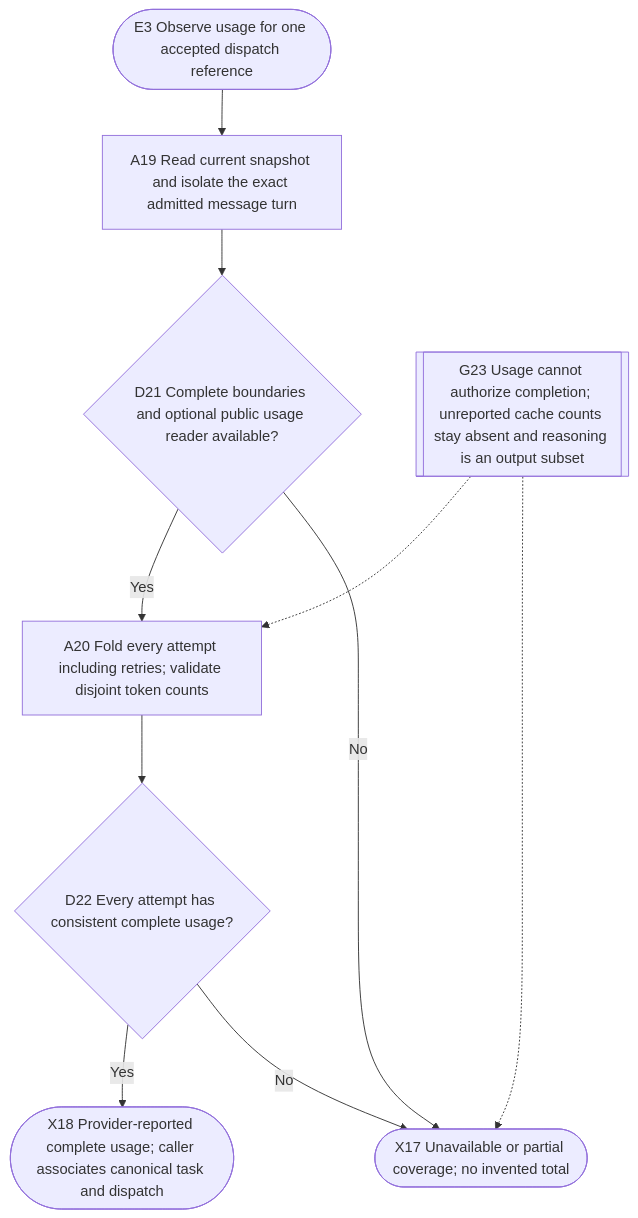
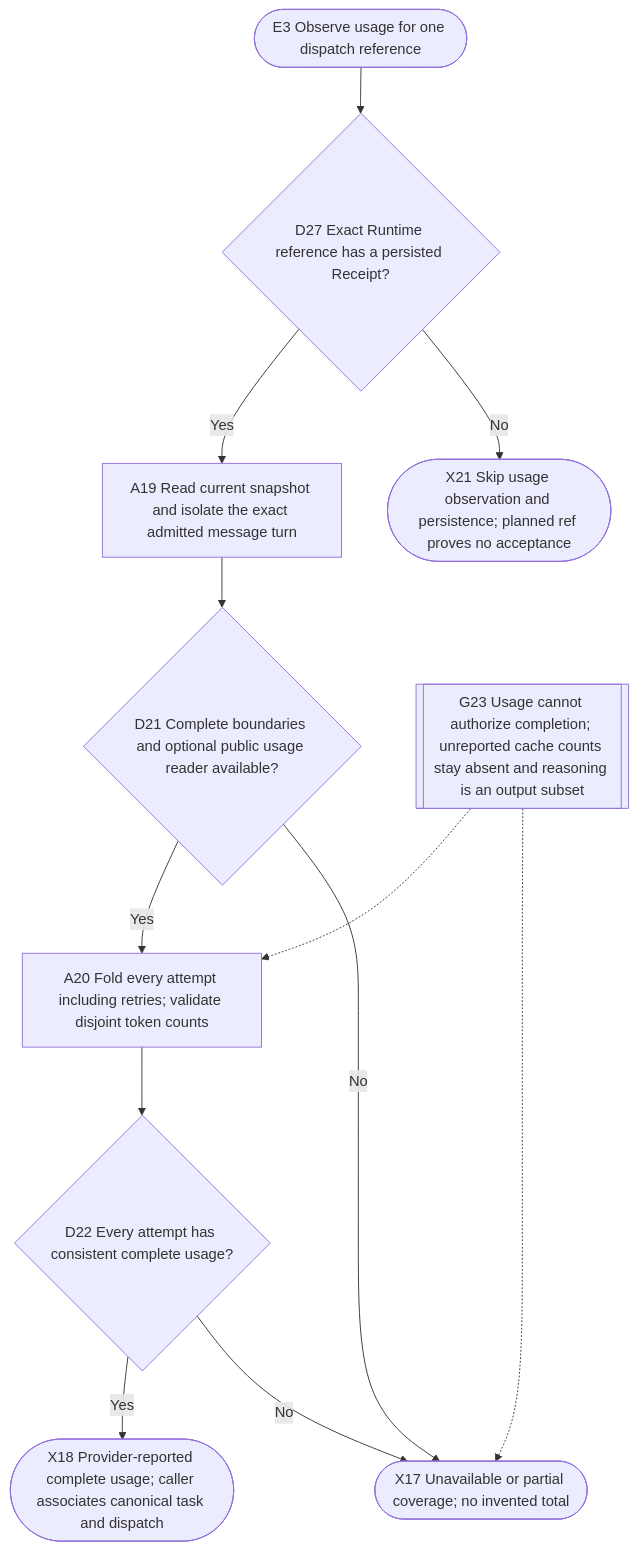
The fourth of 5 diagrams in docs/feature-flows/governed-start-supervisor-authz/flow.md (lusblead/dsh-Kingdom), drawn with Mermaid before and after one commit. The commit also changed other lines of this file and 42 other files, not shown here.

````diff
--- a/docs/feature-flows/governed-start-supervisor-authz/flow.md
+++ b/docs/feature-flows/governed-start-supervisor-authz/flow.md
@@ -507,12 +576,14 @@
 ```mermaid
 flowchart TD
-    E3(["E3 Observe usage for one accepted dispatch reference"]) --> A19["A19 Read current snapshot and isolate the exact admitted message turn"]
+    E3(["E3 Observe usage for one dispatch reference"]) --> D27{"D27 Exact Runtime reference has a persisted Receipt?"}
+    D27 -->|Yes| A19["A19 Read current snapshot and isolate the exact admitted message turn"]
+    D27 -->|No| X21(["X21 Skip usage observation and persistence; planned ref proves no acceptance"])
     A19 --> D21{"D21 Complete boundaries and optional public usage reader available?"}
     D21 -->|Yes| A20["A20 Fold every attempt including retries; validate disjoint token counts"]
     D21 -->|No| X17(["X17 Unavailable or partial coverage; no invented total"])
     A20 --> D22{"D22 Every attempt has consistent complete usage?"}
     D22 -->|Yes| X18(["X18 Provider-reported complete usage; caller associates canonical task and dispatch"])
     D22 -->|No| X17
     G23[["G23 Usage cannot authorize completion; unreported cache counts stay absent and reasoning is an output subset"]] -.-> A20
     G23 -.-> X17
 ```
````
